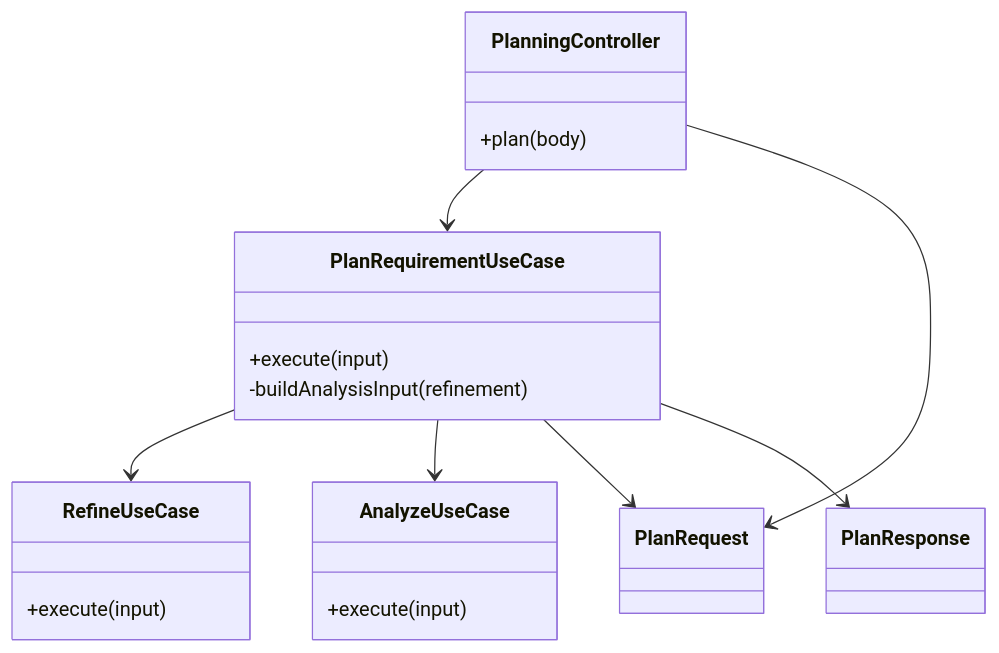
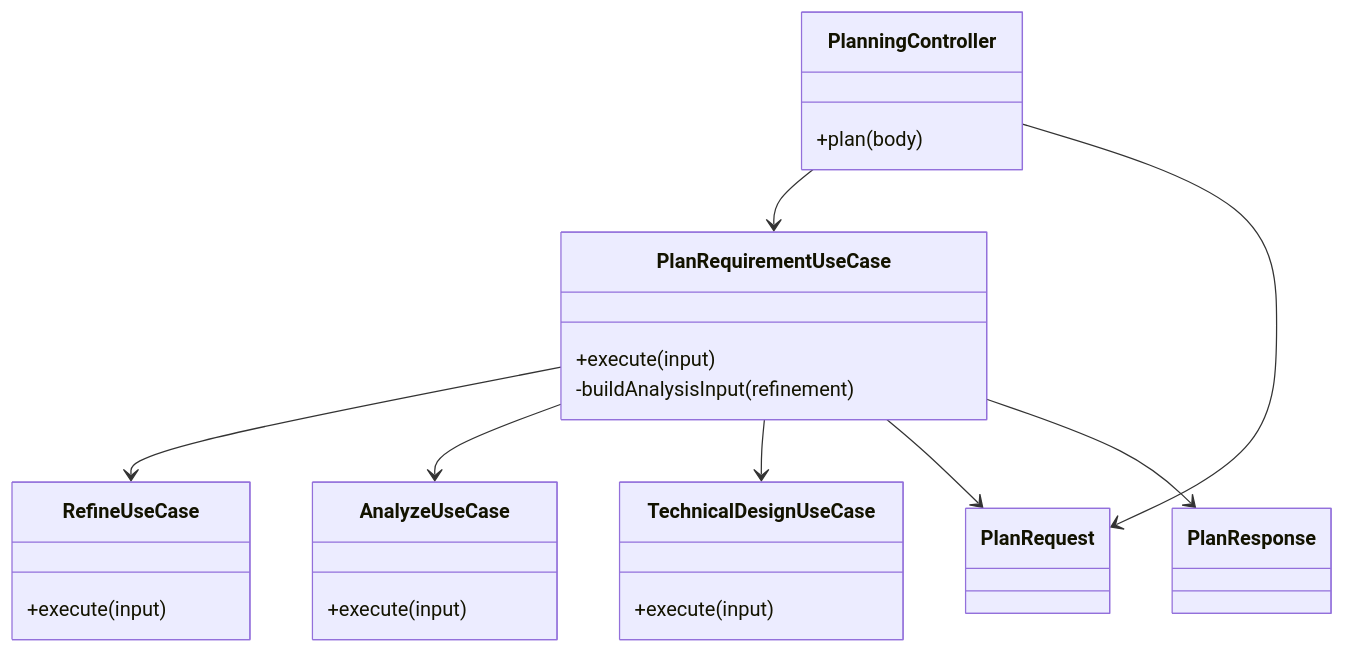
The diagram in docs/diagrams/planning-class-diagram.md (gustavoarielms/ai-orchestrator), drawn with Mermaid before and after one commit. The commit also changed 10 other files, not shown here.

First line of the commit message:
feat(ai): add technical design module and unify shared AI runtime

````diff
--- a/docs/diagrams/planning-class-diagram.md
+++ b/docs/diagrams/planning-class-diagram.md
@@ -5,30 +5,35 @@
 ```mermaid
 classDiagram
     class PlanningController {
       +plan(body)
     }
 
     class PlanRequirementUseCase {
       +execute(input)
       -buildAnalysisInput(refinement)
     }
 
     class RefineUseCase {
       +execute(input)
     }
 
     class AnalyzeUseCase {
       +execute(input)
     }
 
+    class TechnicalDesignUseCase {
+      +execute(input)
+    }
+
     class PlanRequest
     class PlanResponse
 
     PlanningController --> PlanRequirementUseCase
     PlanRequirementUseCase --> RefineUseCase
     PlanRequirementUseCase --> AnalyzeUseCase
+    PlanRequirementUseCase --> TechnicalDesignUseCase
 
     PlanningController --> PlanRequest
     PlanRequirementUseCase --> PlanRequest
     PlanRequirementUseCase --> PlanResponse
 ```
````
